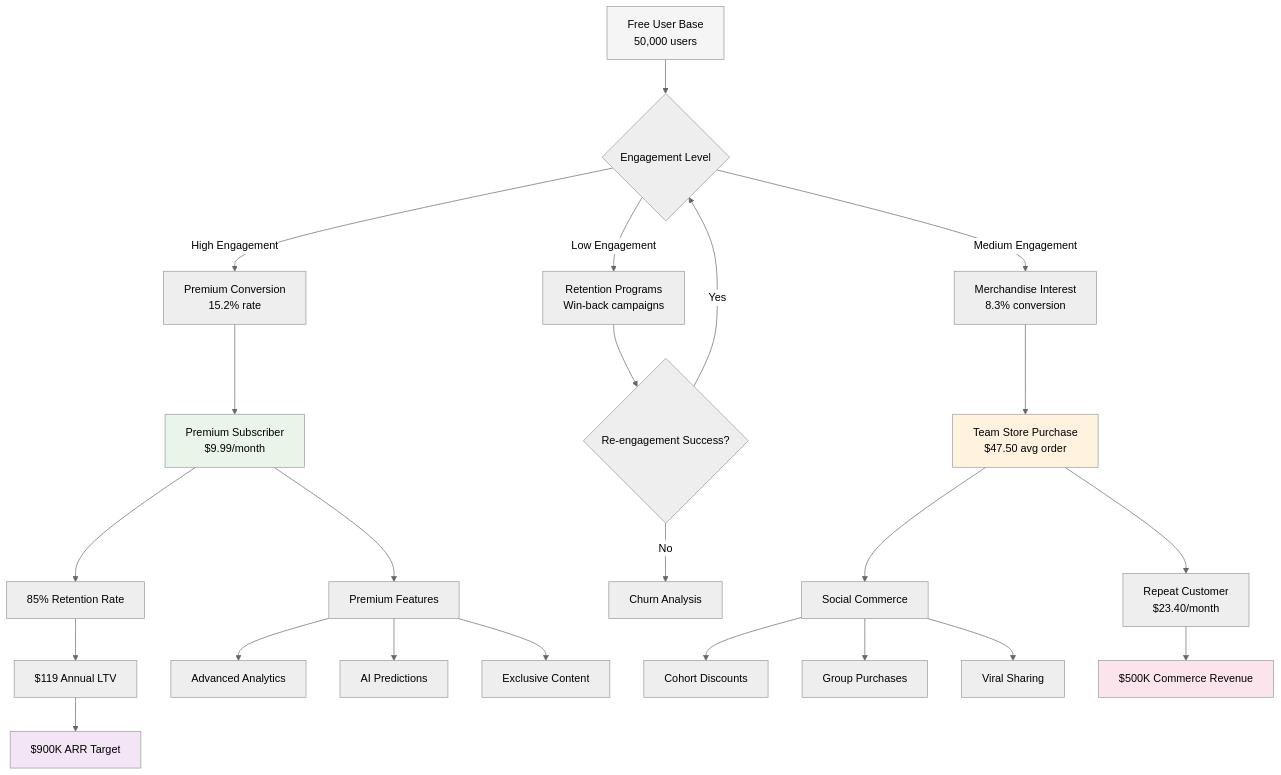
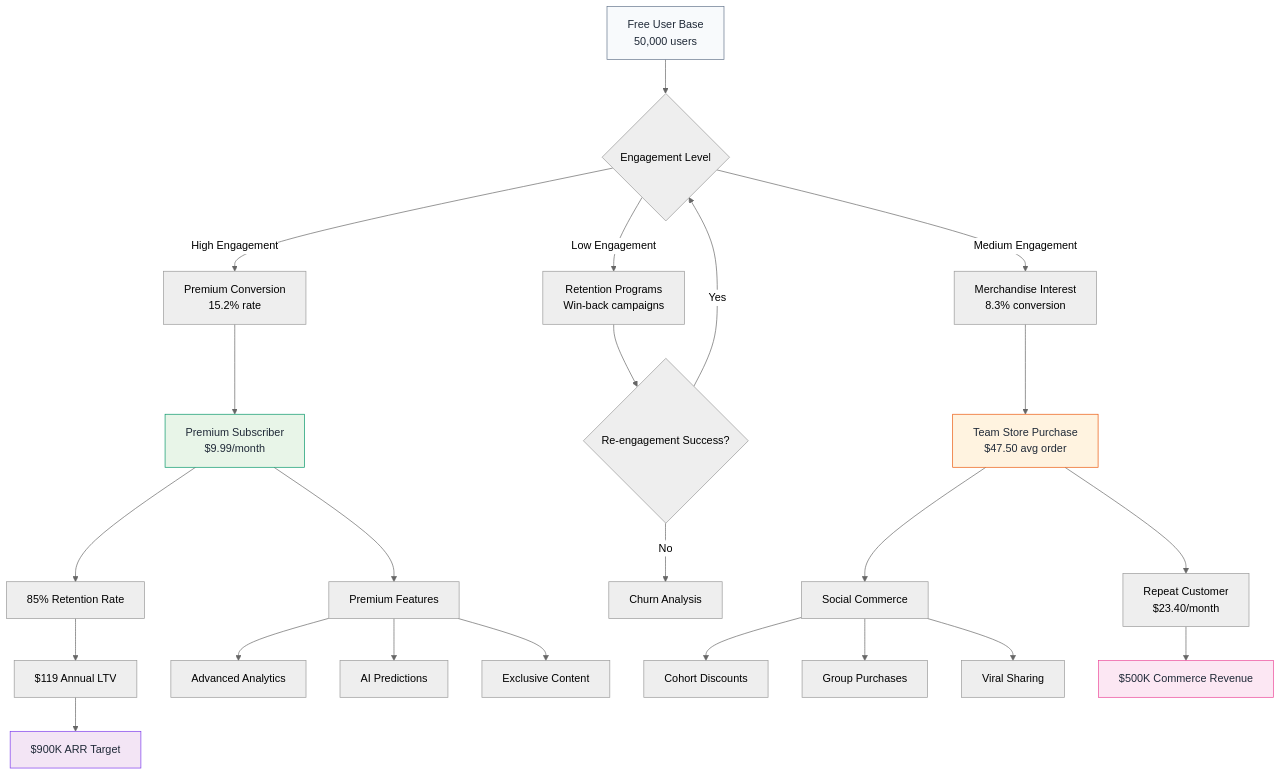
The third of 9 diagrams in docs/investor-flows.md (SkaFld-Ignite/ref-u-wireframes), drawn with Mermaid (neutral theme) before and after one commit. The commit also changed other lines of this file and 1 other file, not shown here.

Commit message:
Enhanced Mermaid plugin configuration with professional theming and fixed Growth Strategy diagram

````diff
--- a/docs/investor-flows.md
+++ b/docs/investor-flows.md
@@ -102,38 +102,38 @@
 ```mermaid
 graph TD
     A[Free User Base<br/>50,000 users] --> B{Engagement Level}
     
     B -->|High Engagement| C[Premium Conversion<br/>15.2% rate]
     B -->|Medium Engagement| D[Merchandise Interest<br/>8.3% conversion]
     B -->|Low Engagement| E[Retention Programs<br/>Win-back campaigns]
     
     C --> F[Premium Subscriber<br/>$9.99/month]
     F --> G[85% Retention Rate]
     G --> H[$119 Annual LTV]
     
     D --> I[Team Store Purchase<br/>$47.50 avg order]
     I --> J[Repeat Customer<br/>$23.40/month]
     
     E --> K{Re-engagement Success?}
     K -->|Yes| B
     K -->|No| L[Churn Analysis]
     
     F --> M[Premium Features]
     M --> N[Advanced Analytics]
     M --> O[AI Predictions]
     M --> P[Exclusive Content]
     
     I --> Q[Social Commerce]
     Q --> R[Cohort Discounts]
     Q --> S[Group Purchases]
     Q --> T[Viral Sharing]
     
     H --> U[$900K ARR Target]
     J --> V[$500K Commerce Revenue]
     
-    style A fill:#f5f5f5
-    style F fill:#e8f5e8
-    style I fill:#fff3e0
-    style U fill:#f3e5f5
-    style V fill:#fce4ec
+    style A fill:#f8fafc,stroke:#64748b,color:#1f2937
+    style F fill:#e8f5e8,stroke:#059669,color:#1f2937
+    style I fill:#fff3e0,stroke:#ea580c,color:#1f2937
+    style U fill:#f3e5f5,stroke:#7c3aed,color:#1f2937
+    style V fill:#fce7f3,stroke:#ec4899,color:#1f2937
 ```
````
